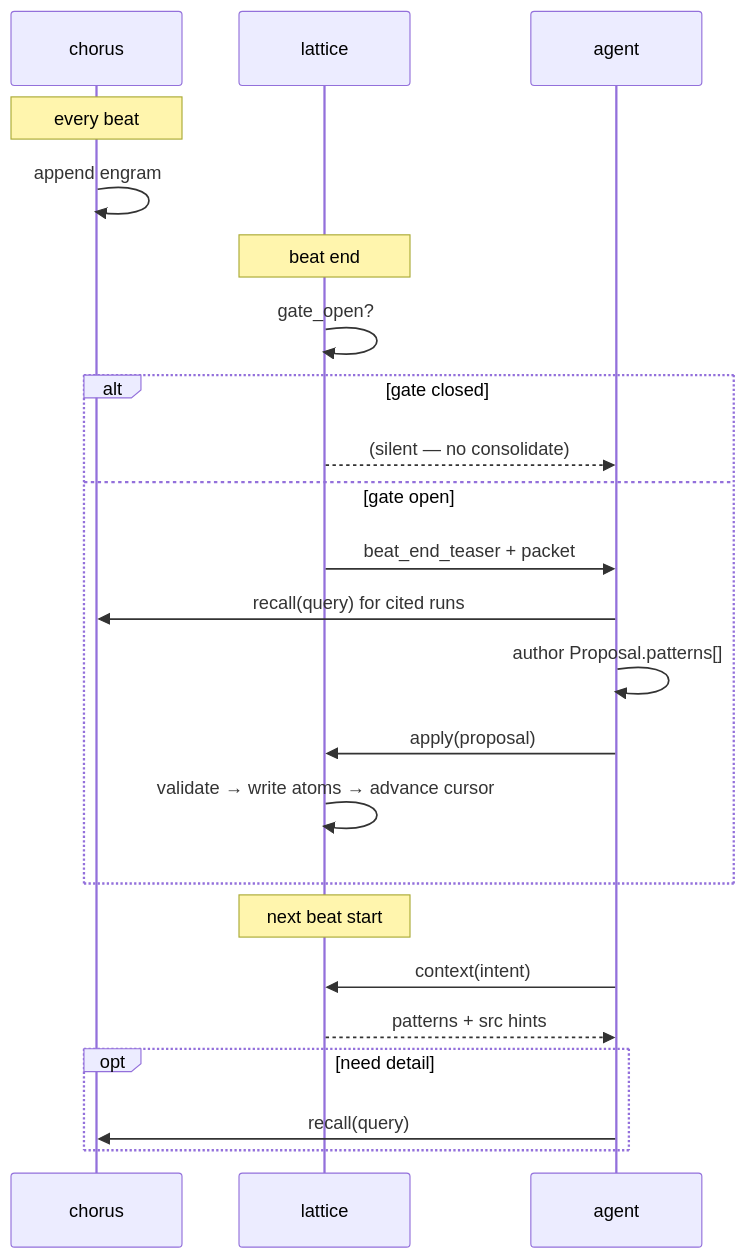
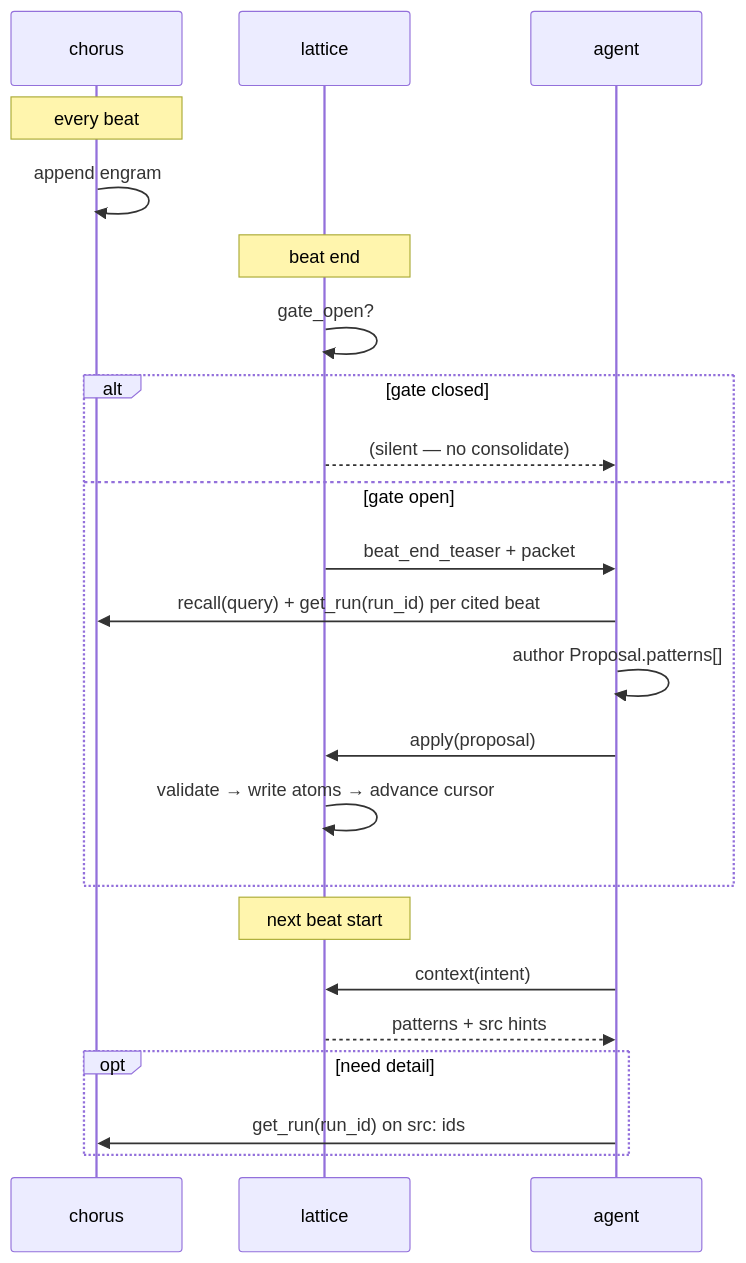
The second of 2 diagrams in docs/v1-plan.md (Arceus-Inc/lattice), drawn with Mermaid before and after one commit. The commit also changed other lines of this file and 25 other files, not shown here.

````diff
--- a/docs/v1-plan.md
+++ b/docs/v1-plan.md
@@ -263,28 +266,28 @@
 ```mermaid
 sequenceDiagram
   participant C as chorus
   participant L as lattice
   participant A as agent
 
   Note over C: every beat
   C->>C: append engram
 
   Note over L: beat end
   L->>L: gate_open?
   alt gate closed
     L-->>A: (silent — no consolidate)
   else gate open
     L->>A: beat_end_teaser + packet
-    A->>C: recall(query) for cited runs
+    A->>C: recall(query) + get_run(run_id) per cited beat
     A->>A: author Proposal.patterns[]
     A->>L: apply(proposal)
     L->>L: validate → write atoms → advance cursor
   end
 
   Note over L: next beat start
   A->>L: context(intent)
   L-->>A: patterns + src hints
   opt need detail
-    A->>C: recall(query)
+    A->>C: get_run(run_id) on src: ids
   end
 ```
````
